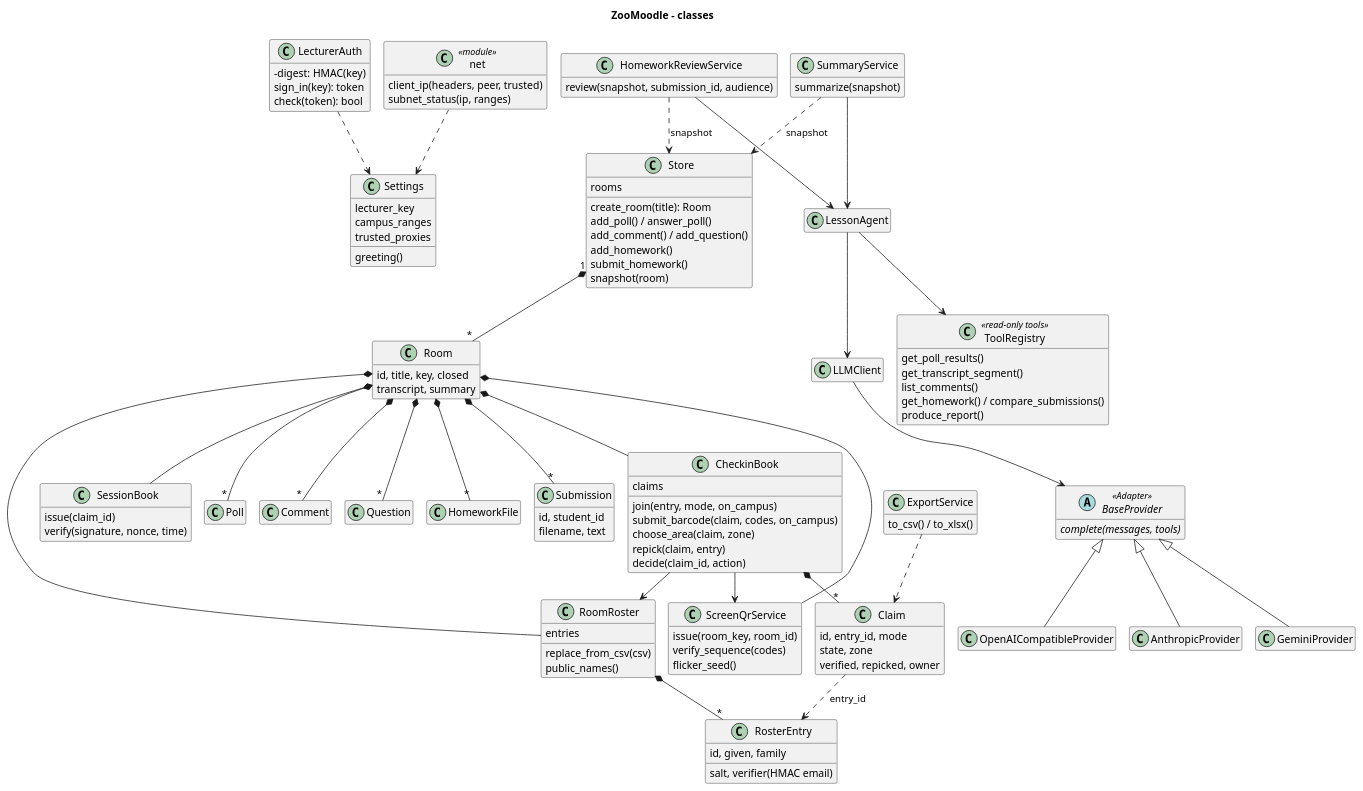
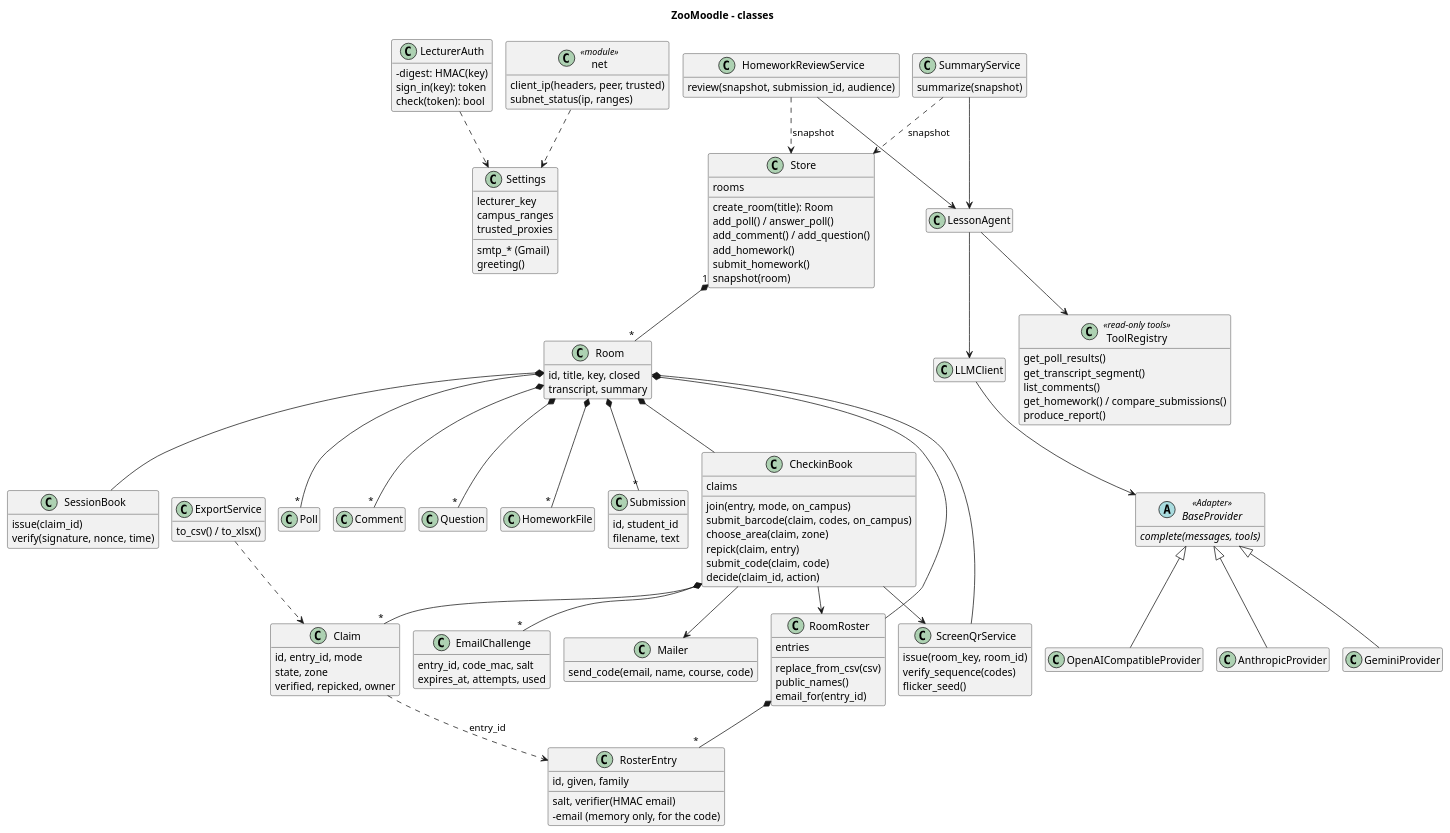
One commit to Haim-Barby/ZooMoodle changed the diagram in docs/diagrams/classes.puml. Above: the diagram before and after it, drawn with PlantUML. The commit also changed 36 other files, not shown here.

First line of the commit message:
Duplicate names: one-time Gmail code decides automatically

```diff
--- a/docs/diagrams/classes.puml
+++ b/docs/diagrams/classes.puml
@@ -1,127 +1,140 @@
 @startuml classes
 !pragma layout smetana
 title ZooMoodle – classes
 skinparam classAttributeIconSize 0
 hide empty members
 
 class Settings {
   lecturer_key
   campus_ranges
   trusted_proxies
+  smtp_* (Gmail)
   greeting()
 }
 class LecturerAuth {
   -digest: HMAC(key)
   sign_in(key): token
   check(token): bool
 }
 class Store {
   rooms
   create_room(title): Room
   add_poll() / answer_poll()
   add_comment() / add_question()
   add_homework()
   submit_homework()
   snapshot(room)
 }
 class Room {
   id, title, key, closed
   transcript, summary
 }
 class RoomRoster {
   entries
   replace_from_csv(csv)
   public_names()
+  email_for(entry_id)
 }
 class RosterEntry {
   id, given, family
   salt, verifier(HMAC email)
+  -email (memory only, for the code)
 }
 class CheckinBook {
   claims
   join(entry, mode, on_campus)
   submit_barcode(claim, codes, on_campus)
   choose_area(claim, zone)
   repick(claim, entry)
+  submit_code(claim, code)
   decide(claim_id, action)
 }
 class Claim {
   id, entry_id, mode
   state, zone
   verified, repicked, owner
+}
+class EmailChallenge {
+  entry_id, code_mac, salt
+  expires_at, attempts, used
+}
+class Mailer {
+  send_code(email, name, course, code)
 }
 class ScreenQrService {
   issue(room_key, room_id)
   verify_sequence(codes)
   flicker_seed()
 }
 class SessionBook {
   issue(claim_id)
   verify(signature, nonce, time)
 }
 class "net" as Net <<module>> {
   client_ip(headers, peer, trusted)
   subnet_status(ip, ranges)
 }
 class Poll
 class Comment
 class Question
 class HomeworkFile
 class Submission {
   id, student_id
   filename, text
 }
 class HomeworkReviewService {
   review(snapshot, submission_id, audience)
 }
 class ToolRegistry <<read-only tools>> {
   get_poll_results()
   get_transcript_segment()
   list_comments()
   get_homework() / compare_submissions()
   produce_report()
 }
 abstract class BaseProvider <<Adapter>> {
   {abstract} complete(messages, tools)
 }
 class OpenAICompatibleProvider
 class AnthropicProvider
 class GeminiProvider
 class SummaryService {
   summarize(snapshot)
 }
 class LessonAgent
 class LLMClient
 class ExportService {
   to_csv() / to_xlsx()
 }
 
 Store "1" *-- "*" Room
 Room *-- RoomRoster
 Room *-- CheckinBook
 Room *-- ScreenQrService
 Room *-- SessionBook
 Room *-- "*" Poll
 Room *-- "*" Comment
 Room *-- "*" Question
 Room *-- "*" HomeworkFile
 Room *-- "*" Submission
 RoomRoster *-- "*" RosterEntry
 CheckinBook *-- "*" Claim
+CheckinBook *-- "*" EmailChallenge
+CheckinBook --> Mailer
 CheckinBook --> ScreenQrService
 CheckinBook --> RoomRoster
 Claim ..> RosterEntry : entry_id
 SummaryService --> LessonAgent
 HomeworkReviewService --> LessonAgent
 LessonAgent --> LLMClient
 LessonAgent --> ToolRegistry
 LLMClient --> BaseProvider
 BaseProvider <|-- OpenAICompatibleProvider
 BaseProvider <|-- AnthropicProvider
 BaseProvider <|-- GeminiProvider
 HomeworkReviewService ..> Store : snapshot
 SummaryService ..> Store : snapshot
 ExportService ..> Claim
 LecturerAuth ..> Settings
 Net ..> Settings
 @enduml
```
